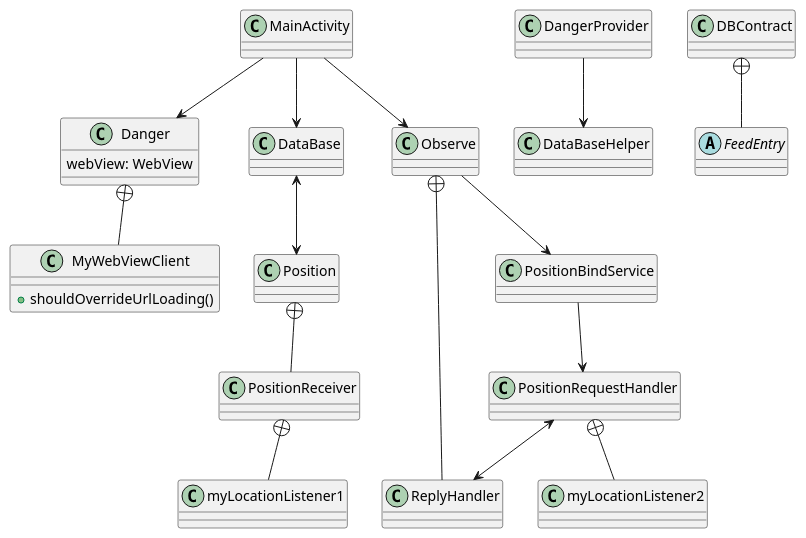
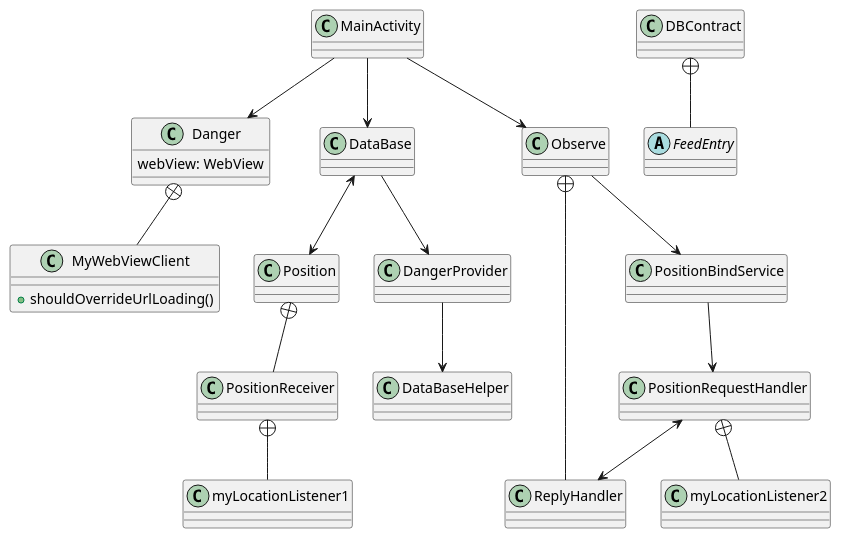
Before and after one commit to AlexYach1973/Capstone: the diagram in app/src/main/java/org/coursera/sustainableapps/caostoneproject/UML diagram.puml, drawn with PlantUML. The commit also changed 4 other files, not shown here.

```diff
--- a/app/src/main/java/org/coursera/sustainableapps/caostoneproject/UML diagram.puml
+++ b/app/src/main/java/org/coursera/sustainableapps/caostoneproject/UML diagram.puml
@@ -1,43 +1,44 @@
 @startuml
 'https://plantuml.com/class-diagram
 
 class MainActivity
 class Danger {
  webView: WebView
 }
 class MyWebViewClient {
  +shouldOverrideUrlLoading()
 }
 class DataBase
 class Observe
 class ReplyHandler
 class PositionBindService
 class PositionRequestHandler
 class myLocationListener2
 class Position
 class PositionReceiver
 class myLocationListener1
 class DataBaseHelper
 class DangerProvider
 class DBContract
 abstract class FeedEntry
 
 MainActivity --> Danger
 MainActivity --> Observe
 MainActivity --> DataBase
 DataBase <--> Position
+DataBase --> DangerProvider
 DBContract +-- FeedEntry
 Position +-- PositionReceiver
 Observe +-- ReplyHandler
 Observe --> PositionBindService
 PositionBindService --> PositionRequestHandler
 PositionRequestHandler <--> ReplyHandler
 DangerProvider --> DataBaseHelper
 Danger +-- MyWebViewClient
 PositionReceiver +-- myLocationListener1
 PositionRequestHandler +-- myLocationListener2
 
 
 
 
 @enduml
```
